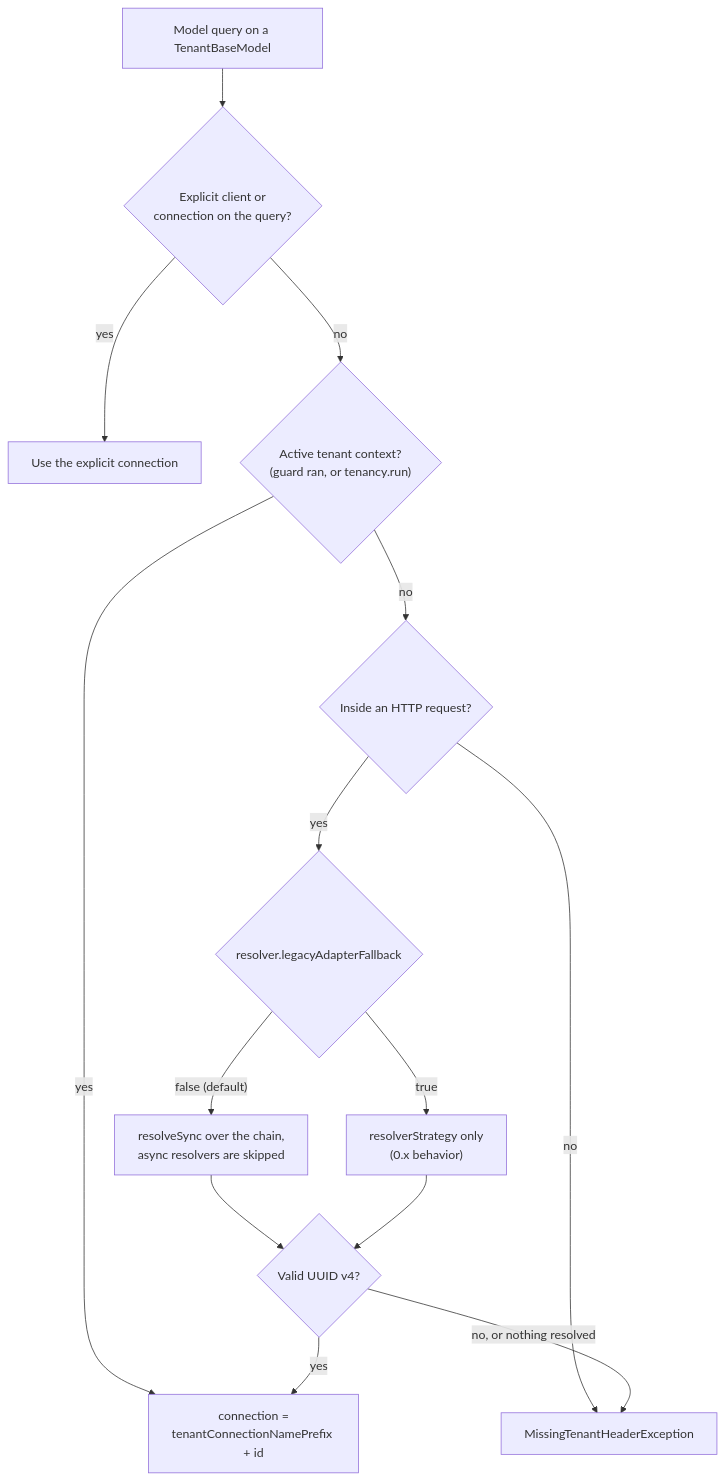
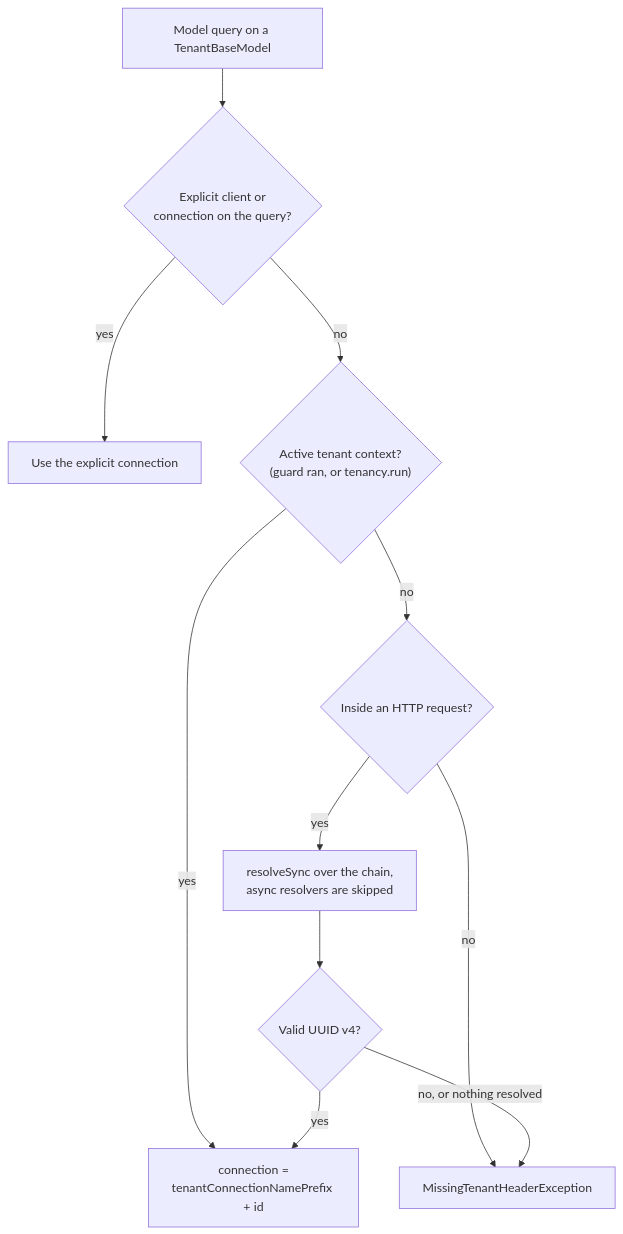
Before and after one commit to Arcoders/Adonisjs-lasagna-saas-tenancy: the diagram in docs/guides/tenant-identification.md, drawn with Mermaid. The commit also changed other lines of this file and 26 other files, not shown here.

````diff
--- a/docs/guides/tenant-identification.md
+++ b/docs/guides/tenant-identification.md
@@ -222,16 +217,13 @@
 ```mermaid
 flowchart TB
   Q["Model query on a TenantBaseModel"] --> EX{"Explicit client or<br/>connection on the query?"}
   EX -->|yes| USE["Use the explicit connection"]
   EX -->|no| CTX{"Active tenant context?<br/>(guard ran, or tenancy.run)"}
   CTX -->|yes| CONN["connection =<br/>tenantConnectionNamePrefix + id"]
   CTX -->|no| HTTP{"Inside an HTTP request?"}
   HTTP -->|no| ERR["MissingTenantHeaderException"]
-  HTTP -->|yes| LEG{"resolver.legacyAdapterFallback"}
-  LEG -->|"false (default)"| CHAIN["resolveSync over the chain,<br/>async resolvers are skipped"]
-  LEG -->|true| STRAT["resolverStrategy only<br/>(0.x behavior)"]
+  HTTP -->|yes| CHAIN["resolveSync over the chain,<br/>async resolvers are skipped"]
   CHAIN --> V{"Valid UUID v4?"}
-  STRAT --> V
   V -->|yes| CONN
   V -->|"no, or nothing resolved"| ERR
 ```
````
